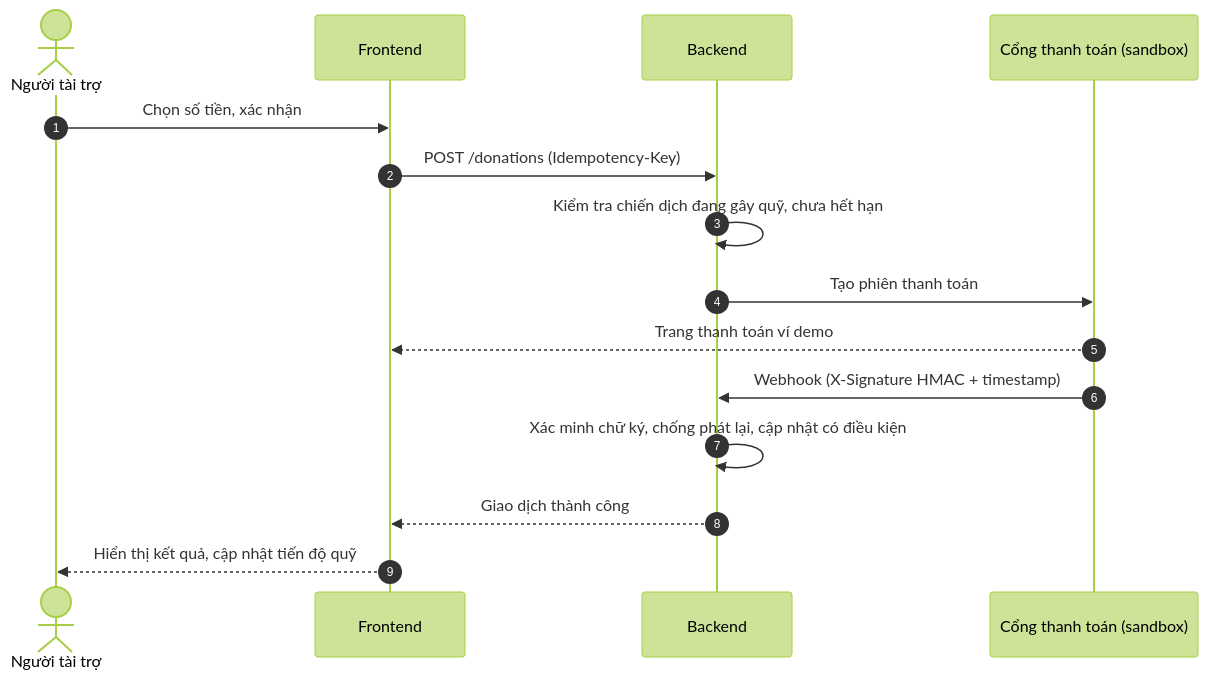
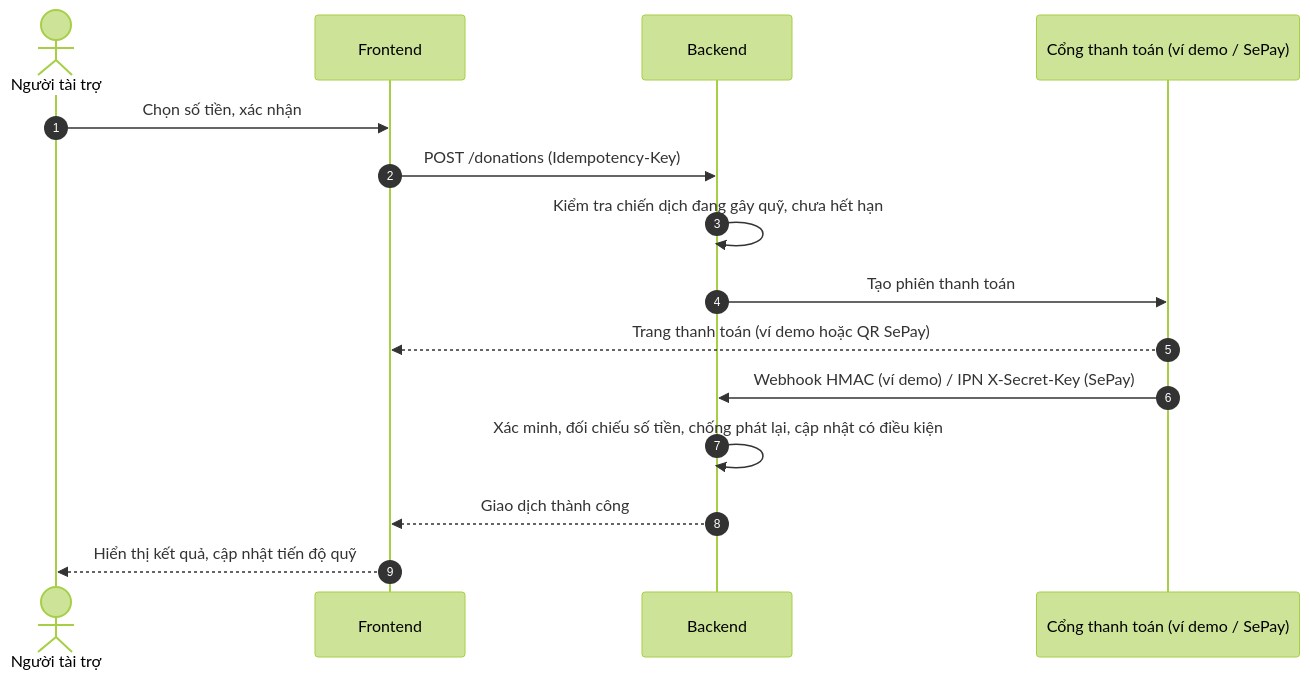
One commit to nhanhuutran007/DATN_2627_Website changed the second of 4 diagrams in README.md. Above: the diagram before and after it, drawn with Mermaid (forest theme). The commit also changed other lines of this file and 1 other file, not shown here.

Commit message:
docs: document SePay setup and refresh README sections

````diff
--- a/README.md
+++ b/README.md
@@ -186,17 +186,17 @@
 ```mermaid
 sequenceDiagram
     autonumber
     actor D as Người tài trợ
     participant FE as Frontend
     participant BE as Backend
-    participant PG as Cổng thanh toán (sandbox)
+    participant PG as Cổng thanh toán (ví demo / SePay)
     D->>FE: Chọn số tiền, xác nhận
     FE->>BE: POST /donations (Idempotency-Key)
     BE->>BE: Kiểm tra chiến dịch đang gây quỹ, chưa hết hạn
     BE->>PG: Tạo phiên thanh toán
-    PG-->>FE: Trang thanh toán ví demo
-    PG->>BE: Webhook (X-Signature HMAC + timestamp)
-    BE->>BE: Xác minh chữ ký, chống phát lại, cập nhật có điều kiện
+    PG-->>FE: Trang thanh toán (ví demo hoặc QR SePay)
+    PG->>BE: Webhook HMAC (ví demo) / IPN X-Secret-Key (SePay)
+    BE->>BE: Xác minh, đối chiếu số tiền, chống phát lại, cập nhật có điều kiện
     BE-->>FE: Giao dịch thành công
     FE-->>D: Hiển thị kết quả, cập nhật tiến độ quỹ
 ```
````
